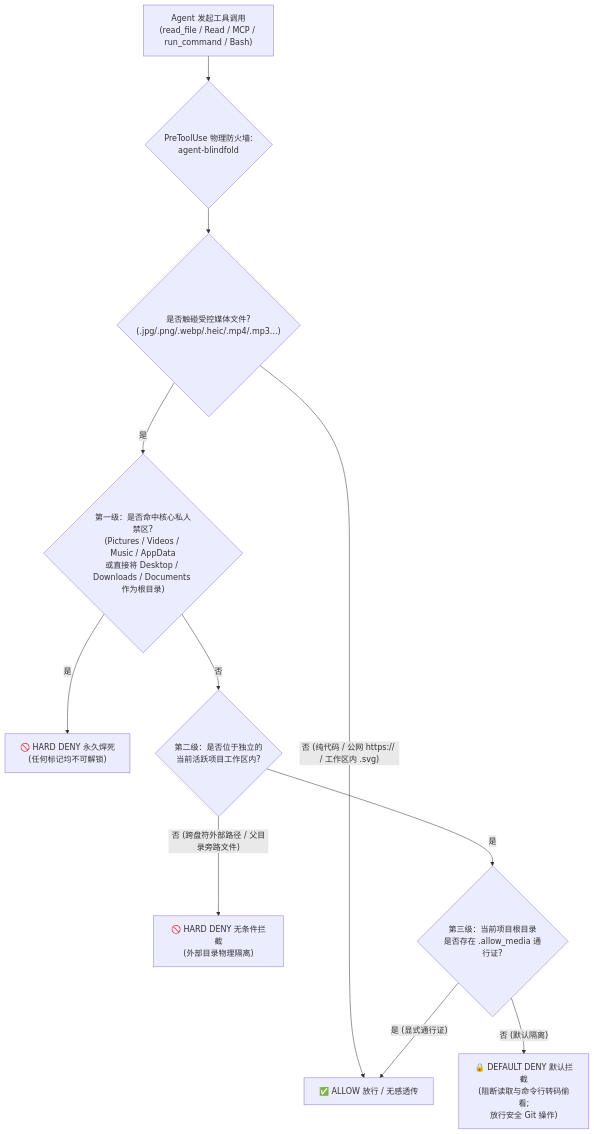
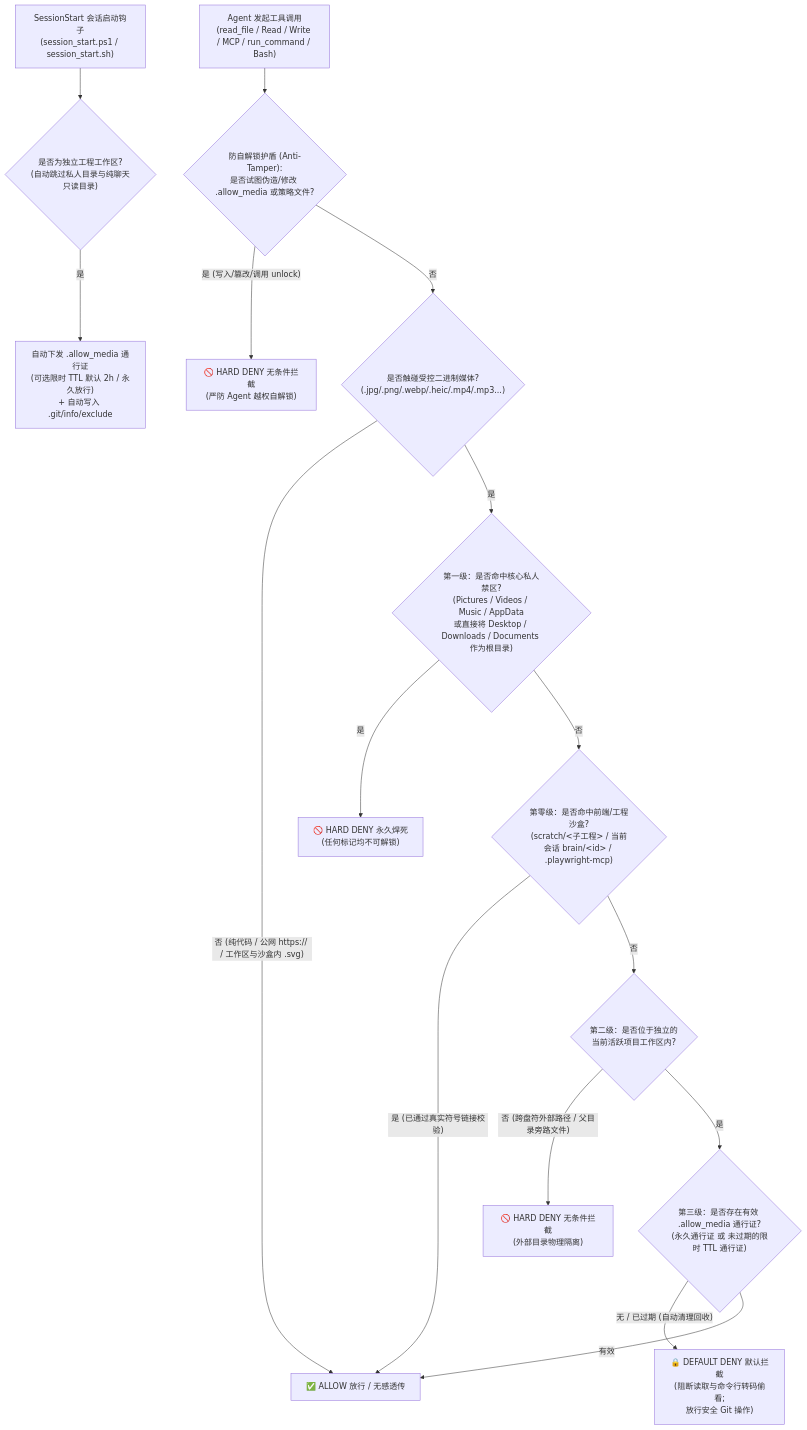
One commit to zanex-dev/agent-blindfold changed the diagram in README_zh.md. Above: the diagram before and after it, drawn with Mermaid. The commit also changed other lines of this file and 19 other files, not shown here.

First line of the commit message:
feat(v1.1): smart engineering sandbox auto-exemption, SessionStart timed/permanent passes & anti-tamper guard

````diff
--- a/README_zh.md
+++ b/README_zh.md
@@ -39,13 +39,19 @@
 ```mermaid
 flowchart TD
-    A["Agent 发起工具调用<br/>(read_file / Read / MCP / run_command / Bash)"] --> B{"PreToolUse 物理防火墙:<br/>agent-blindfold"}
-    B --> C{"是否触碰受控媒体文件?<br/>(.jpg/.png/.webp/.heic/.mp4/.mp3...)"}
-    C -- "否 (纯代码 / 公网 https:// / 工作区内 .svg)" --> ALLOW["✅ ALLOW 放行 / 无感透传"]
+    S["SessionStart 会话启动钩子<br/>(session_start.ps1 / session_start.sh)"] --> S1{"是否为独立工程工作区?<br/>(自动跳过私人目录与纯聊天只读目录)"}
+    S1 -- "是" --> S2["自动下发 .allow_media 通行证<br/>(可选限时 TTL 默认 2h / 永久放行)<br/>+ 自动写入 .git/info/exclude"]
+
+    A["Agent 发起工具调用<br/>(read_file / Read / Write / MCP / run_command / Bash)"] --> T{"防自解锁护盾 (Anti-Tamper):<br/>是否试图伪造/修改 .allow_media 或策略文件?"}
+    T -- "是 (写入/篡改/调用 unlock)" --> DENYT["🚫 HARD DENY 无条件拦截<br/>(严防 Agent 越权自解锁)"]
+    T -- "否" --> C{"是否触碰受控二进制媒体?<br/>(.jpg/.png/.webp/.heic/.mp4/.mp3...)"}
+    C -- "否 (纯代码 / 公网 https:// / 工作区与沙盒内 .svg)" --> ALLOW["✅ ALLOW 放行 / 无感透传"]
     C -- "是" --> D{"第一级：是否命中核心私人禁区?<br/>(Pictures / Videos / Music / AppData<br/>或直接将 Desktop / Downloads / Documents 作为根目录)"}
     D -- "是" --> DENY1["🚫 HARD DENY 永久焊死<br/>(任何标记均不可解锁)"]
-    D -- "否" --> E{"第二级：是否位于独立的<br/>当前活跃项目工作区内?"}
+    D -- "否" --> E0{"第零级：是否命中前端/工程沙盒?<br/>(scratch/&lt;子工程&gt; / 当前会话 brain/&lt;id&gt; / .playwright-mcp)"}
+    E0 -- "是 (已通过真实符号链接校验)" --> ALLOW
+    E0 -- "否" --> E{"第二级：是否位于独立的<br/>当前活跃项目工作区内?"}
     E -- "否 (跨盘符外部路径 / 父目录旁路文件)" --> DENY2["🚫 HARD DENY 无条件拦截<br/>(外部目录物理隔离)"]
-    E -- "是" --> F{"第三级：当前项目根目录<br/>是否存在 .allow_media 通行证?"}
-    F -- "否 (默认隔离)" --> DENY3["🔒 DEFAULT DENY 默认拦截<br/>(阻断读取与命令行转码偷看;<br/>放行安全 Git 操作)"]
-    F -- "是 (显式通行证)" --> ALLOW
+    E -- "是" --> F{"第三级：是否存在有效 .allow_media 通行证?<br/>(永久通行证 或 未过期的限时 TTL 通行证)"}
+    F -- "无 / 已过期 (自动清理回收)" --> DENY3["🔒 DEFAULT DENY 默认拦截<br/>(阻断读取与命令行转码偷看;<br/>放行安全 Git 操作)"]
+    F -- "有效" --> ALLOW
 ```
````
